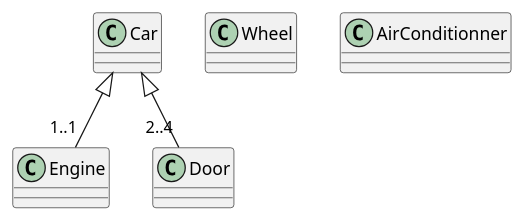
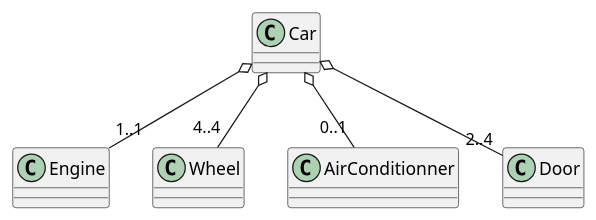
One commit to 63030042Nanraya/OOP-2564-Week-05 changed the ninth of 12 diagrams in 63030091/Assigment-Week-05.md. Above: the diagram before and after it, drawn with PlantUML. The commit also changed other lines of this file, not shown here.

````diff
--- a/63030091/Assigment-Week-05.md
+++ b/63030091/Assigment-Week-05.md
@@ -174,14 +183,13 @@
 ``` puml
 @startuml 
-
 class Car{}
 class Engine{}
 class Wheel{}
 class AirConditionner{}
 
-Car <|-- "1..1" Engine
-Car <|-- "2..4" Door
-' Todo: ทำให้สมบูรณ์
-
-@enduml 
+Car o-- "1..1" Engine
+Car o-- "2..4" Door
+Car o-- "4..4" Wheel
+Car o-- "0..1" AirConditionner
+@enduml  
 ```
````
